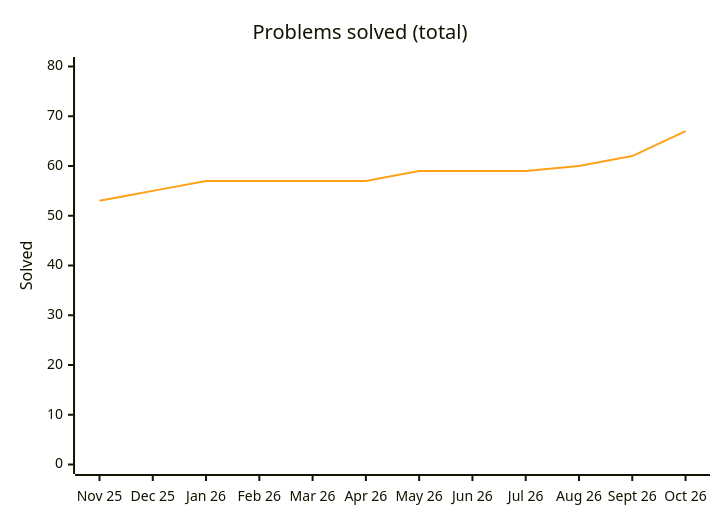
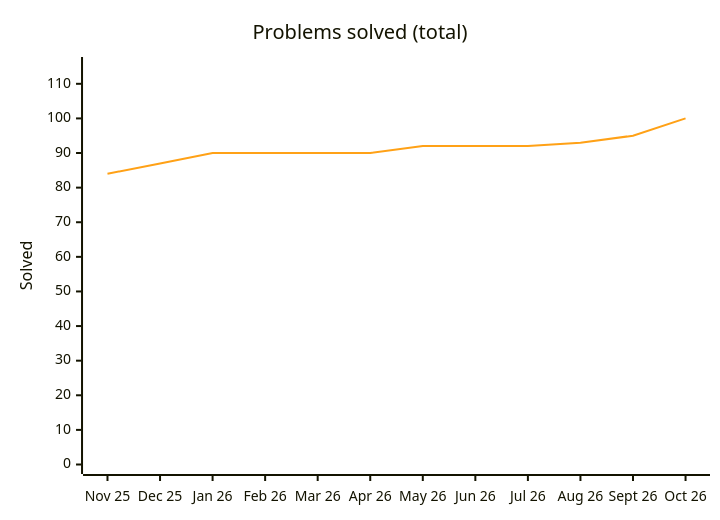
One commit to samy-D5/Leetcode changed the diagram in README.md. Above: the diagram before and after it, drawn with Mermaid. The commit also changed other lines of this file and 35 other files, not shown here.

````diff
--- a/README.md
+++ b/README.md
@@ -42,8 +42,8 @@
 ```mermaid
 %%{init: {"themeVariables": {"xyChart": {"plotColorPalette": "#ffa116"}}}}%%
 xychart-beta
     title "Problems solved (total)"
     x-axis ["Nov 25", "Dec 25", "Jan 26", "Feb 26", "Mar 26", "Apr 26", "May 26", "Jun 26", "Jul 26", "Aug 26", "Sept 26", "Oct 26"]
-    y-axis "Solved" 0 --> 80
-    line [53, 55, 57, 57, 57, 57, 59, 59, 59, 60, 62, 67]
+    y-axis "Solved" 0 --> 115
+    line [84, 87, 90, 90, 90, 90, 92, 92, 92, 93, 95, 100]
 ```
````
